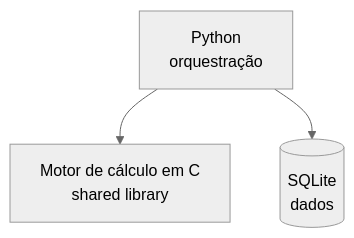
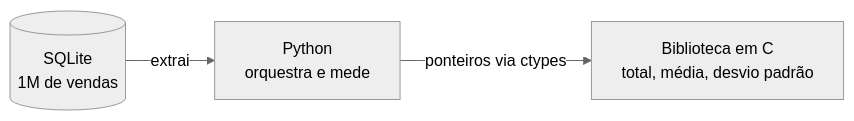
One commit to Azherenn/Azherenn changed the second of 3 diagrams in README.md. Above: the diagram before and after it, drawn with Mermaid (neutral theme). The commit also changed other lines of this file, not shown here.

````diff
--- a/README.md
+++ b/README.md
@@ -89,5 +93,5 @@
 ```mermaid
-flowchart TB
-    P["Python<br/>orquestração"] --> C["Motor de cálculo em C<br/>shared library"]
-    P --> D[("SQLite<br/>dados")]
+flowchart LR
+    D[("SQLite<br/>1M de vendas")] -->|extrai| P["Python<br/>orquestra e mede"]
+    P -->|ponteiros via ctypes| C["Biblioteca em C<br/>total, média, desvio padrão"]
 ```
````
